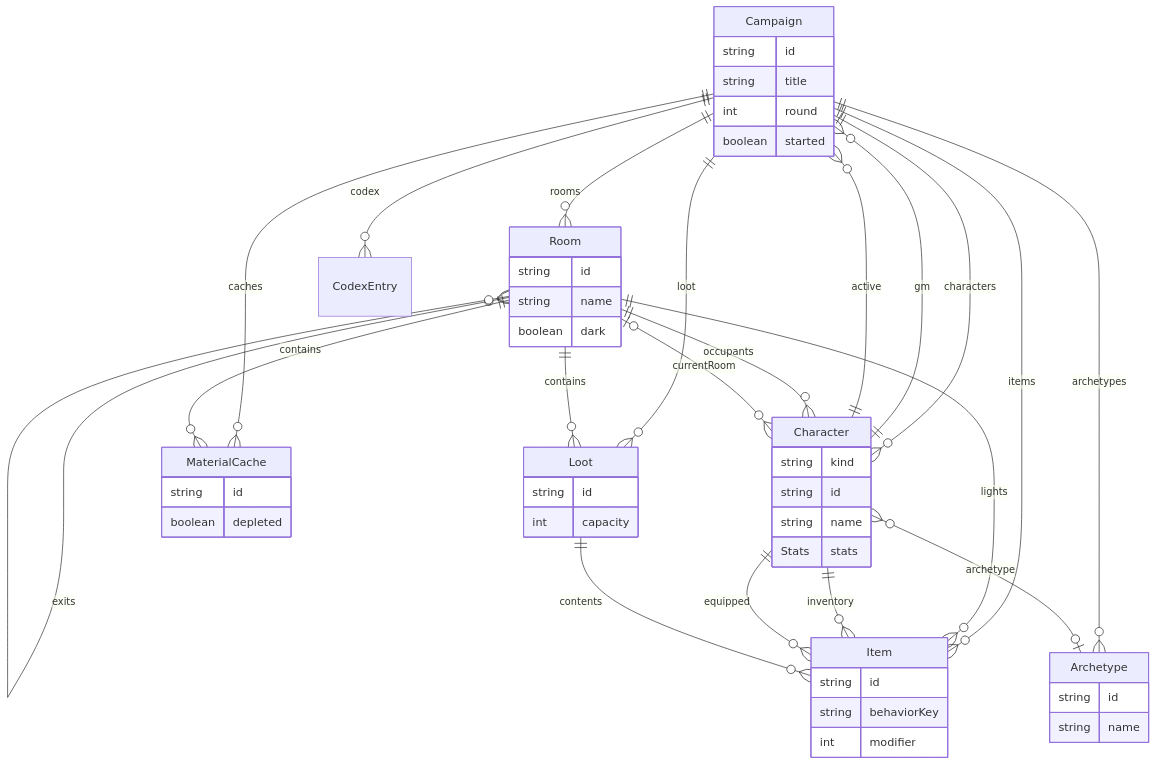
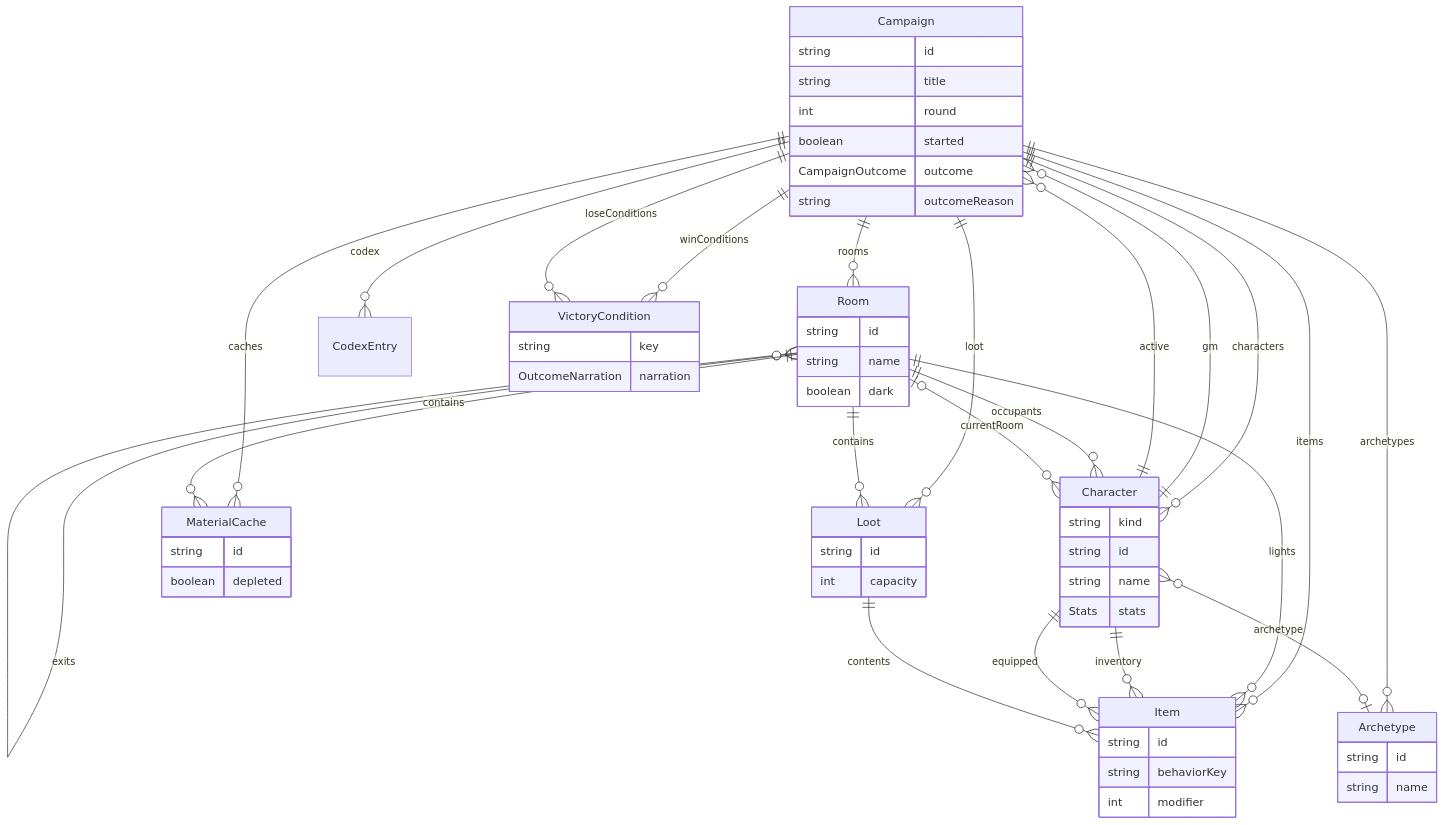
The second of 2 diagrams in docs-site/guide/data-model.md (daniel0mullins/WickedWays), drawn with Mermaid before and after one commit. The commit also changed other lines of this file and 2 other files, not shown here.

Commit message:
docs(victory): mechanics section, data-model diagrams, and integration test

````diff
--- a/docs-site/guide/data-model.md
+++ b/docs-site/guide/data-model.md
@@ -105,60 +118,68 @@
 ```mermaid
 erDiagram
     Campaign ||--o{ Room : rooms
     Campaign ||--o{ Character : characters
     Campaign ||--o{ Item : items
     Campaign ||--o{ Loot : loot
     Campaign ||--o{ MaterialCache : caches
     Campaign ||--o{ CodexEntry : codex
     Campaign ||--o{ Archetype : archetypes
     Campaign }o--|| Character : gm
     Campaign }o--|| Character : active
+    Campaign ||--o{ VictoryCondition : "winConditions"
+    Campaign ||--o{ VictoryCondition : "loseConditions"
 
     Room }o--o{ Room : exits
     Room ||--o{ Character : occupants
     Room ||--o{ Loot : contains
     Room ||--o{ MaterialCache : contains
     Room ||--o{ Item : lights
 
     Character }o--o| Room : currentRoom
     Character ||--o{ Item : inventory
     Character ||--o{ Item : equipped
     Character }o--o| Archetype : archetype
 
     Loot ||--o{ Item : contents
 
     Campaign {
         string id
         string title
         int round
         boolean started
+        CampaignOutcome outcome
+        string outcomeReason
     }
     Room {
         string id
         string name
         boolean dark
     }
     Character {
         string kind
         string id
         string name
         Stats stats
     }
     Item {
         string id
         string behaviorKey
         int modifier
     }
     Loot {
         string id
         int capacity
     }
     MaterialCache {
         string id
         boolean depleted
     }
     Archetype {
         string id
         string name
     }
+    VictoryCondition {
+        string key
+        OutcomeNarration narration
+    }
 ```
````
